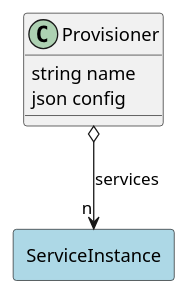
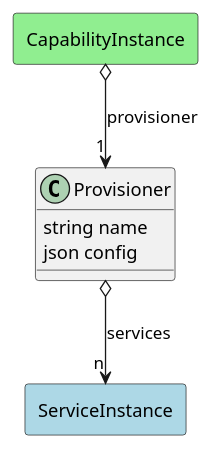
The diagram in docs/sabr/sml/so/models/provisioner/logical.puml (madajaju/sabr), drawn with PlantUML before and after one commit. The commit also changed 440 other files, not shown here.

```diff
--- a/docs/sabr/sml/so/models/provisioner/logical.puml
+++ b/docs/sabr/sml/so/models/provisioner/logical.puml
@@ -1,19 +1,24 @@
 @startuml
 
 class "Provisioner" as Model {
  string name
  json config
 
  
 }
 
 rectangle "ServiceInstance" as ServiceInstance #lightblue {
 }
 
 Model o--> "n" ServiceInstance : services
 
 
 
 
+    rectangle "CapabilityInstance" as CapabilityInstance #lightgreen {
+    }
+    
+        CapabilityInstance   o--> "1" Model : "provisioner"
+    
 
 @enduml
```
